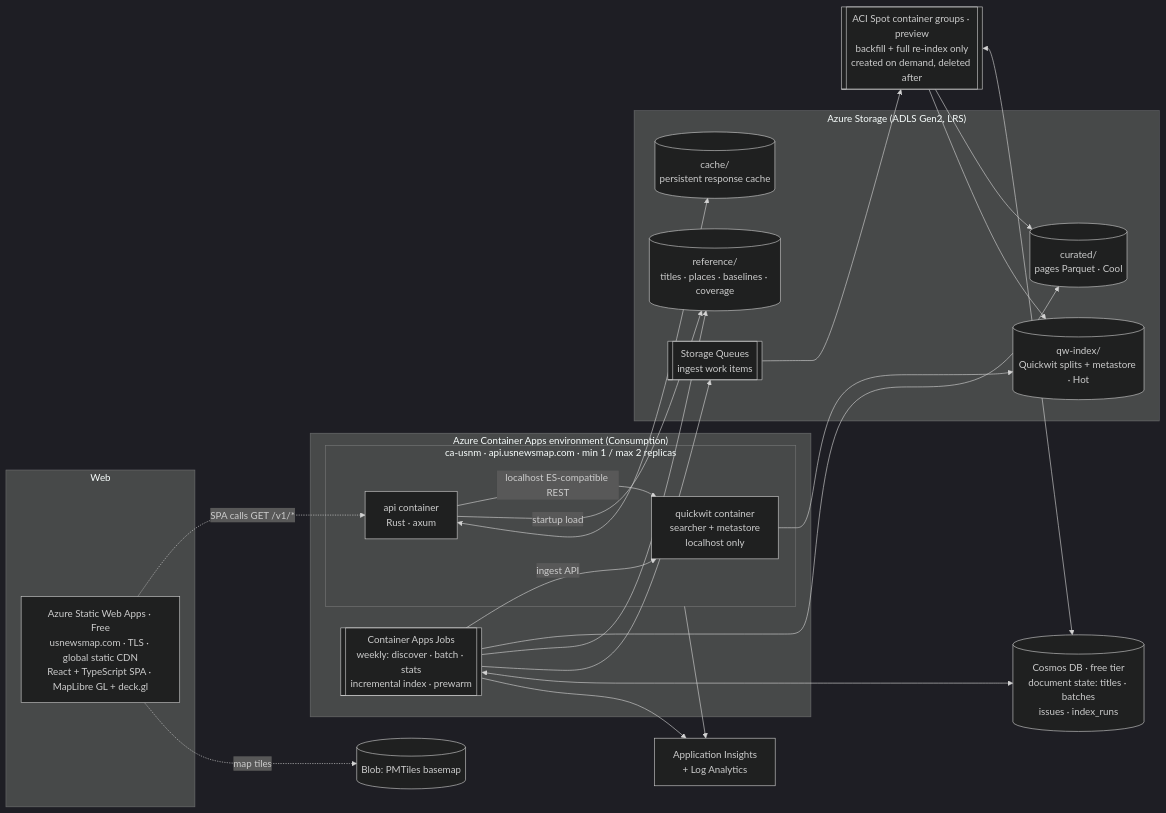
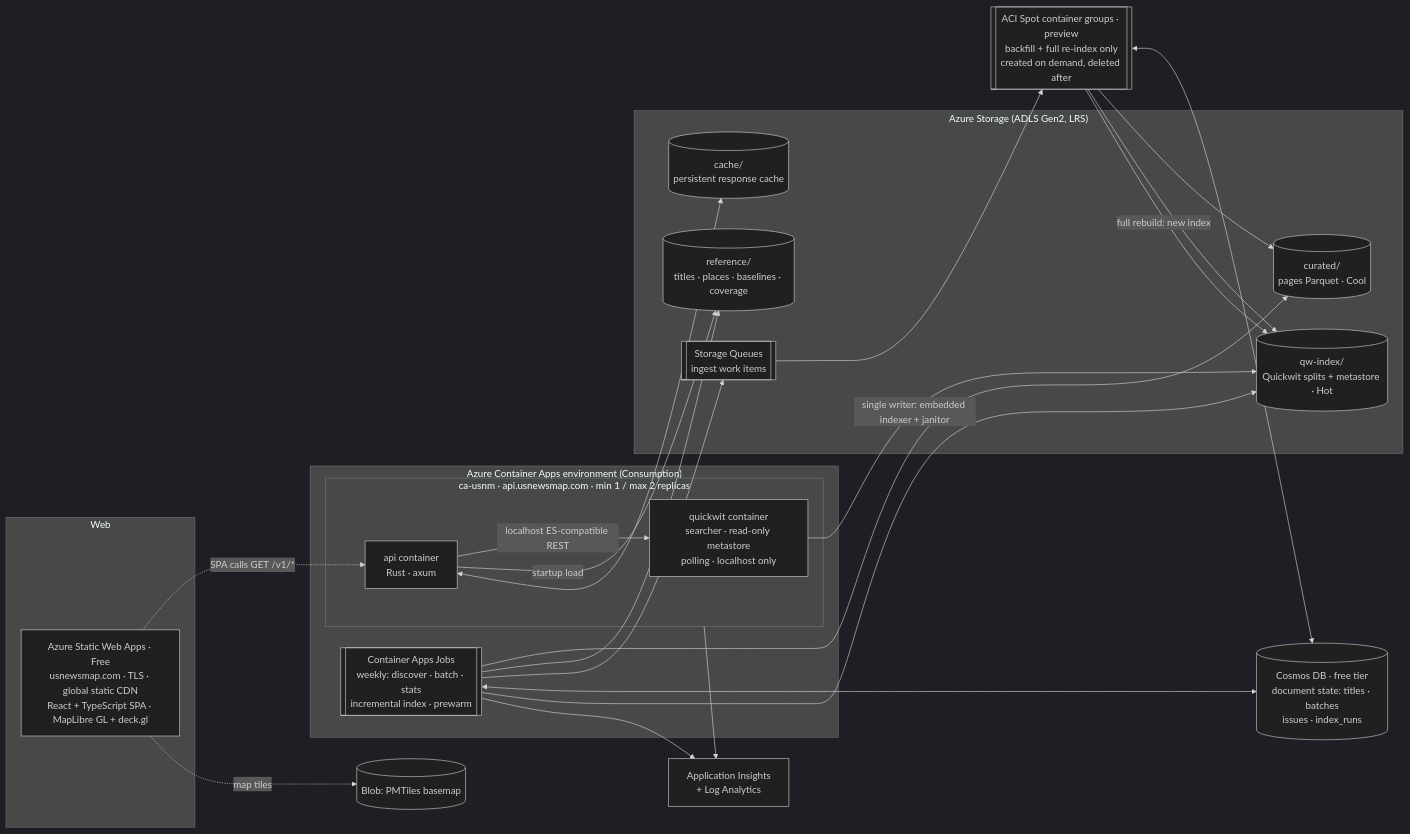
One commit to tgoodyear/usnewsmap.com changed the second of 4 diagrams in docs/design/03-architecture-overview.md. Above: the diagram before and after it, drawn with Mermaid (dark theme). The commit also changed other lines of this file and 9 other files, not shown here.

````diff
--- a/docs/design/03-architecture-overview.md
+++ b/docs/design/03-architecture-overview.md
@@ -37,38 +37,39 @@
 ```mermaid
 flowchart LR
   subgraph Web
     SWA[Azure Static Web Apps · Free<br/>usnewsmap.com · TLS · global static CDN<br/>React + TypeScript SPA · MapLibre GL + deck.gl]
   end
   subgraph "Azure Container Apps environment (Consumption)"
     subgraph APP["ca-usnm · api.usnewsmap.com · min 1 / max 2 replicas"]
       API[api container<br/>Rust · axum]
-      QW[quickwit container<br/>searcher + metastore<br/>localhost only]
+      QW[quickwit container<br/>searcher · read-only metastore<br/>polling · localhost only]
     end
     JOBS[[Container Apps Jobs<br/>weekly: discover · batch · stats<br/>incremental index · prewarm]]
   end
   SPOT[[ACI Spot container groups · preview<br/>backfill + full re-index only<br/>created on demand, deleted after]]
   subgraph Storage["Azure Storage (ADLS Gen2, LRS)"]
     CUR[(curated/<br/>pages Parquet · Cool)]
     REF[(reference/<br/>titles · places · baselines · coverage)]
     IDX[(qw-index/<br/>Quickwit splits + metastore · Hot)]
     CACHE[(cache/<br/>persistent response cache)]
     Q[[Storage Queues<br/>ingest work items]]
   end
   TILES[(Blob: PMTiles basemap)]
   COS[(Cosmos DB · free tier<br/>document state: titles · batches<br/>issues · index_runs)]
   AI[Application Insights<br/>+ Log Analytics]
 
   SWA -. SPA calls GET /v1/* .-> API
   SWA -. map tiles .-> TILES
   API -->|localhost ES-compatible REST| QW
   API -->|startup load| REF
   API <--> CACHE
   QW --> IDX
   JOBS --> CUR & REF & Q
   JOBS <--> COS
   SPOT --> CUR & IDX
   SPOT <--> COS
   Q --> SPOT
-  JOBS -->|ingest API| QW
+  JOBS -->|single writer: embedded indexer + janitor| IDX
+  SPOT -->|full rebuild: new index| IDX
   APP & JOBS --> AI
 ```
````
